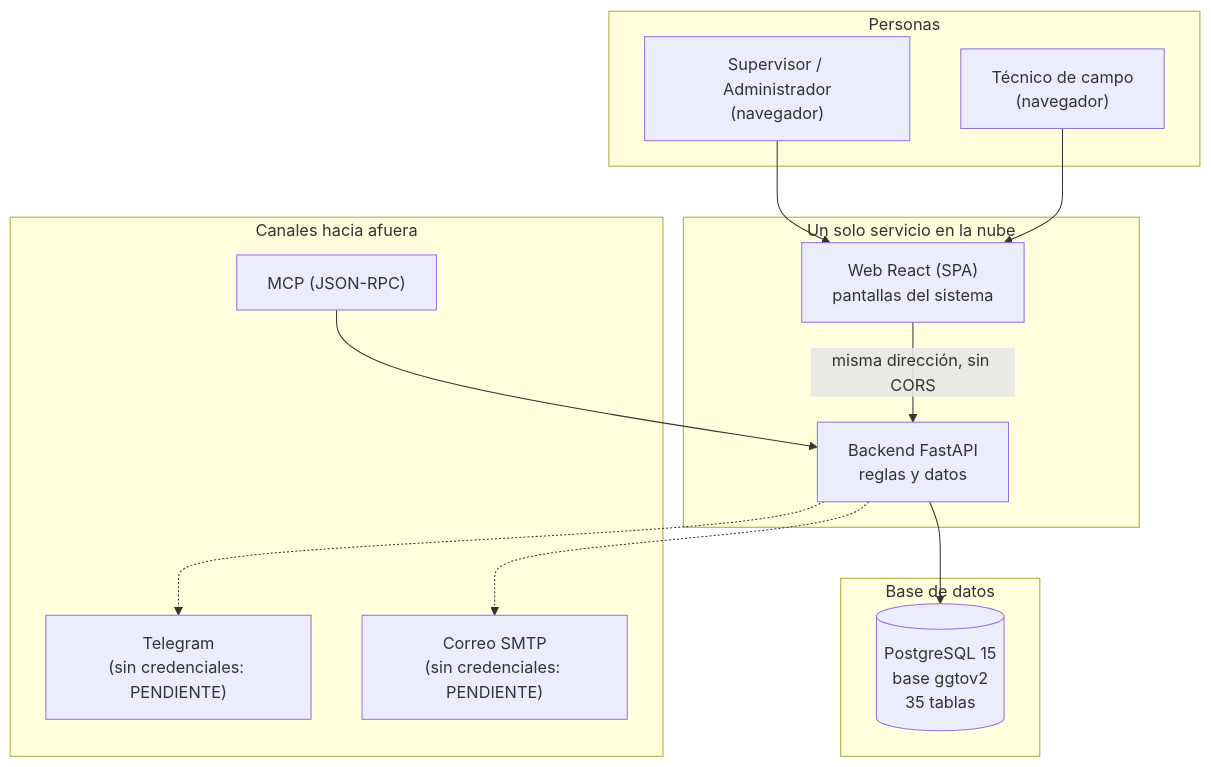
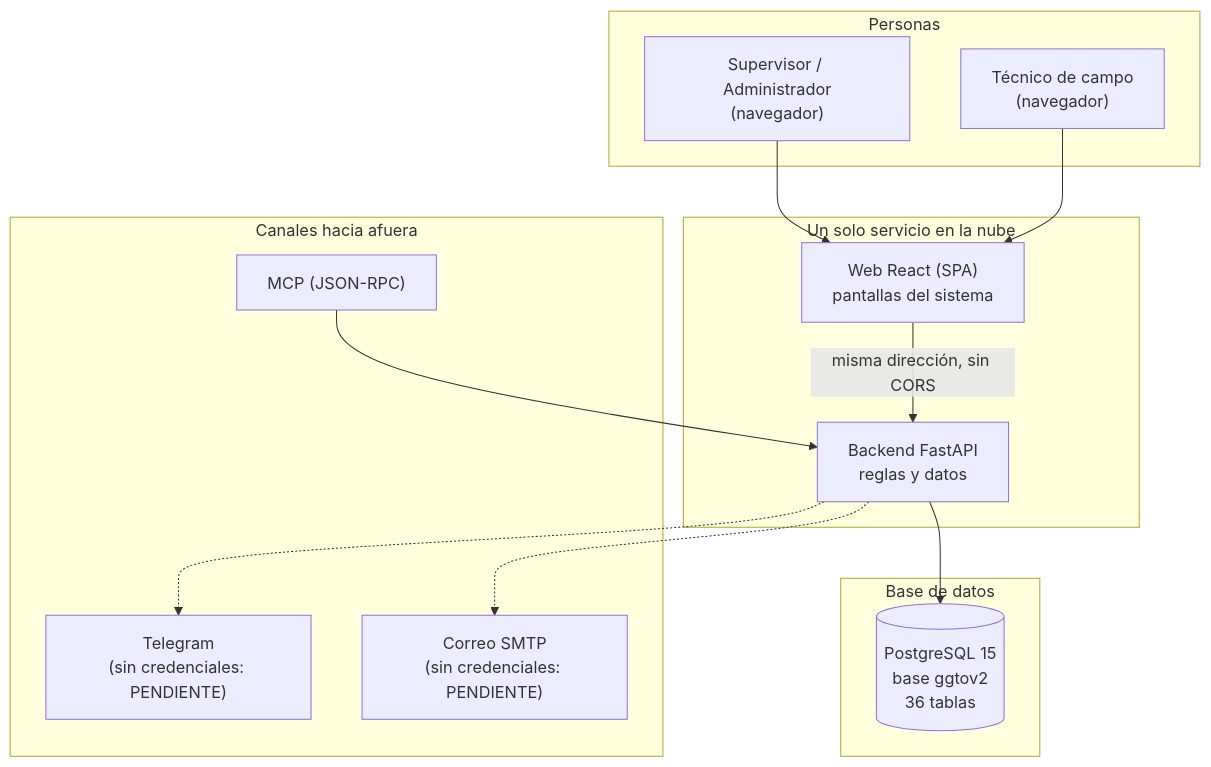
Before and after one commit to anlucorporations/GGTO: the third of 4 diagrams in docs/Manuales/01-Tecnologia/01-plataforma.md, drawn with Mermaid. The commit also changed other lines of this file and 204 other files, not shown here.

````diff
--- a/docs/Manuales/01-Tecnologia/01-plataforma.md
+++ b/docs/Manuales/01-Tecnologia/01-plataforma.md
@@ -165,26 +165,26 @@
 ```mermaid
 flowchart TB
     subgraph Usuarios["Personas"]
         SUP["Supervisor / Administrador<br/>(navegador)"]
         TEC["Técnico de campo<br/>(navegador)"]
     end
     subgraph Contenedor["Un solo servicio en la nube"]
         WEB["Web React (SPA)<br/>pantallas del sistema"]
         API["Backend FastAPI<br/>reglas y datos"]
         WEB -->|"misma dirección, sin CORS"| API
     end
     subgraph Datos["Base de datos"]
-        PG[("PostgreSQL 15<br/>base ggtov2<br/>35 tablas")]
+        PG[("PostgreSQL 15<br/>base ggtov2<br/>36 tablas")]
     end
     subgraph Canales["Canales hacia afuera"]
         TG["Telegram<br/>(sin credenciales: PENDIENTE)"]
         MAIL["Correo SMTP<br/>(sin credenciales: PENDIENTE)"]
         MCP["MCP (JSON-RPC)"]
     end
     SUP --> WEB
     TEC --> WEB
     API --> PG
     API -.-> TG
     API -.-> MAIL
     MCP --> API
 ```
````
